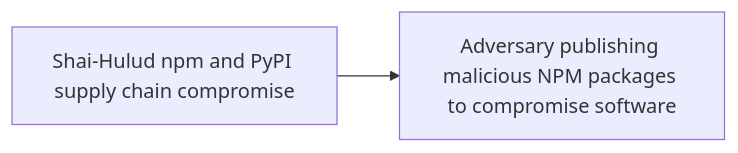
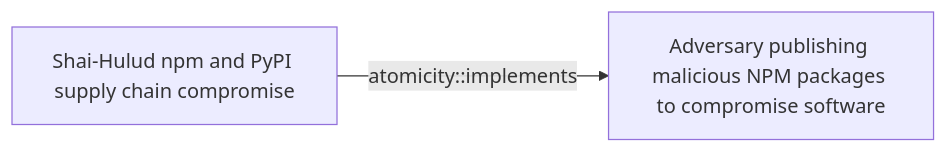
Before and after one commit to opentidehq/library: the first of 2 diagrams in docs/threats/shai-hulud-npm-and-pypi-supply-chain-compromise.md, drawn with Mermaid. The commit also changed other lines of this file and 277 other files, not shown here.

````diff
--- a/docs/threats/shai-hulud-npm-and-pypi-supply-chain-compromise.md
+++ b/docs/threats/shai-hulud-npm-and-pypi-supply-chain-compromise.md
@@ -230,6 +272,6 @@
 ```mermaid
 flowchart LR
 59548b96_9b01_414c_badd_c0bf2ab40d9a["Shai-Hulud npm and PyPI supply chain compromise"]
 d24f2b4a_80fc_4ee7_9293_3f6e9e3bbbe4["Adversary publishing malicious NPM packages to compromise software"]
-59548b96_9b01_414c_badd_c0bf2ab40d9a --> d24f2b4a_80fc_4ee7_9293_3f6e9e3bbbe4
+59548b96_9b01_414c_badd_c0bf2ab40d9a -->|atomicity::implements| d24f2b4a_80fc_4ee7_9293_3f6e9e3bbbe4
 ```
````
